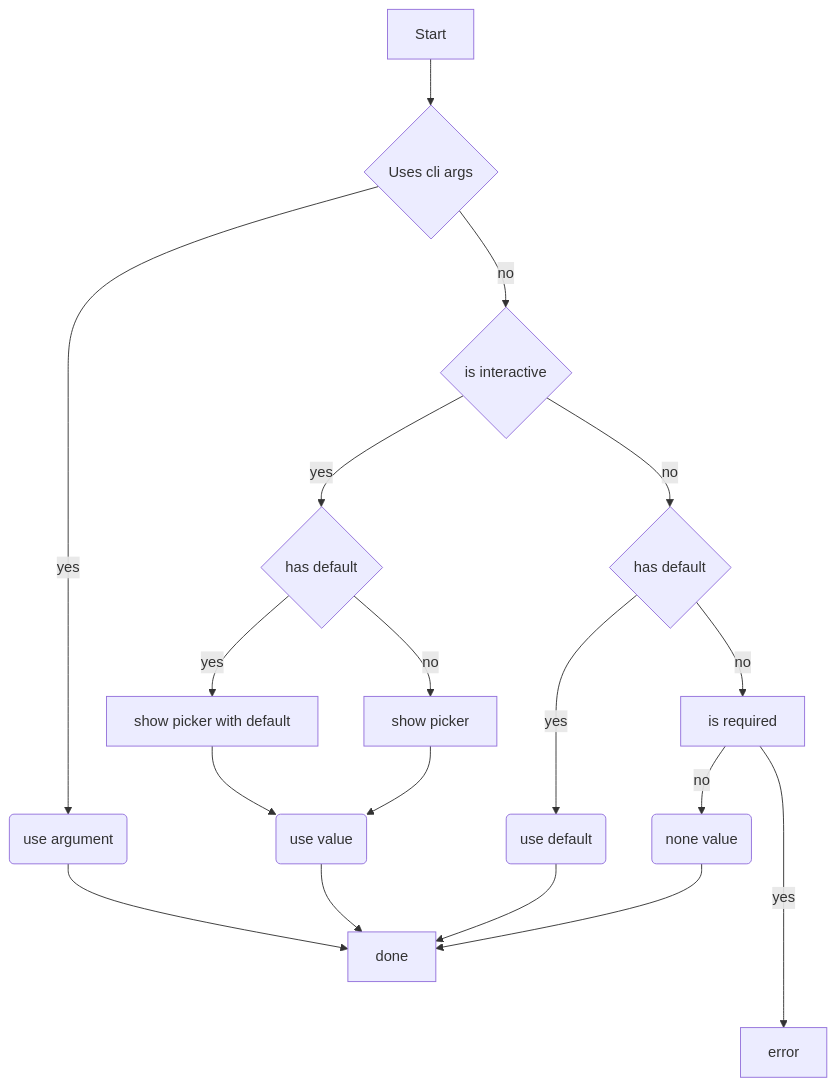
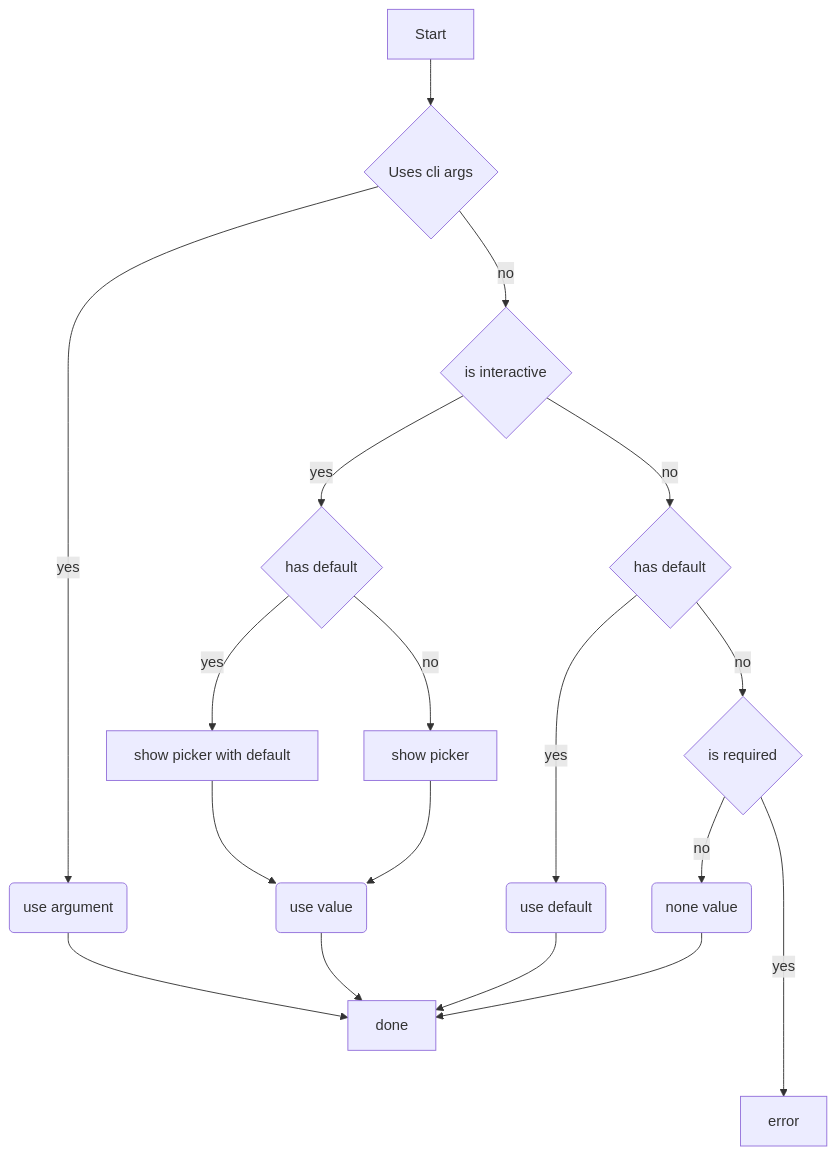
Before and after one commit to fiberplane/fp: the diagram in docs/developer_guide.md, drawn with Mermaid. The commit also changed other lines of this file, not shown here.

Commit message:
Fix flow diagram

````diff
--- a/docs/developer_guide.md
+++ b/docs/developer_guide.md
@@ -30,14 +30,14 @@
 ```mermaid
 graph TD
     A[Start] --> B{Uses cli args}
     B -- yes --> C(use argument) --> Z[done]
     B -- no --> D{is interactive}
     D -- yes --> E{has default}
     D -- no --> F{has default}
     E -- yes --> G[show picker with default] --> H(use value) --> Z[done]
     E -- no --> I[show picker] --> H
     F -- yes --> J(use default) --> Z[done]
-    F -- no --> K[is required]
+    F -- no --> K{is required}
     K -- yes ----> X[error]
     K -- no --> L(none value) --> Z[done]
 ```
````
